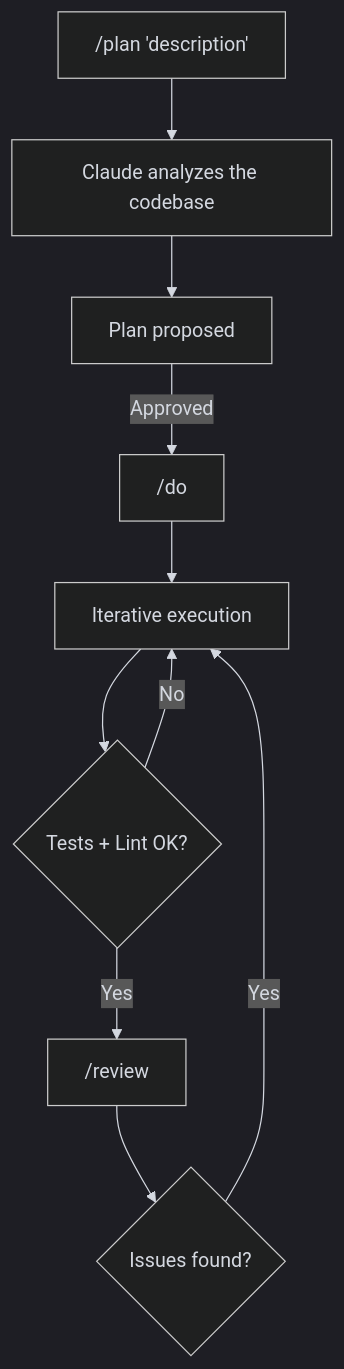
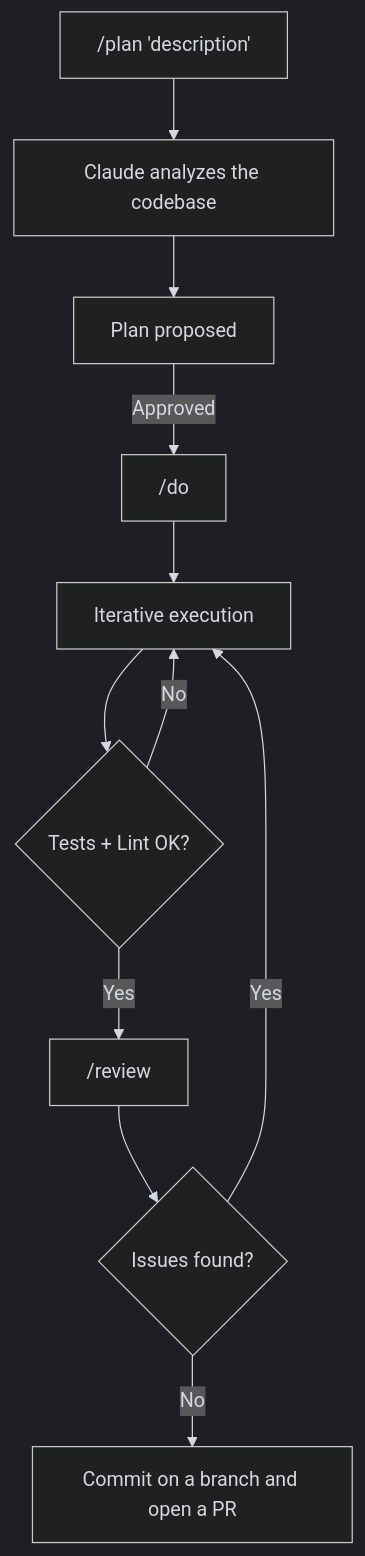
Before and after one commit to kodflow/devcontainer-template: the diagram in docs/getting-started/workflow.md, drawn with Mermaid. The commit also changed 2 other files, not shown here.

Commit message:
chore: address review on the /git removal

````diff
--- a/docs/getting-started/workflow.md
+++ b/docs/getting-started/workflow.md
@@ -7,19 +7,20 @@
 ```mermaid
 %%{init: {'theme': 'dark', 'themeVariables': {
   'primaryColor': '#9D76FB1a',
   'primaryBorderColor': '#9D76FB',
   'primaryTextColor': '#d4d8e0',
   'lineColor': '#d4d8e0',
   'textColor': '#d4d8e0'
 }}}%%
 flowchart TD
     A["/plan 'description'"] --> B[Claude analyzes the codebase]
     B --> C[Plan proposed]
     C -->|Approved| D["/do"]
     D --> E[Iterative execution]
     E --> F{Tests + Lint OK?}
     F -->|No| E
     F -->|Yes| G["/review"]
     G --> H{Issues found?}
     H -->|Yes| E
+    H -->|No| I["Commit on a branch and open a PR"]
 ```
````
